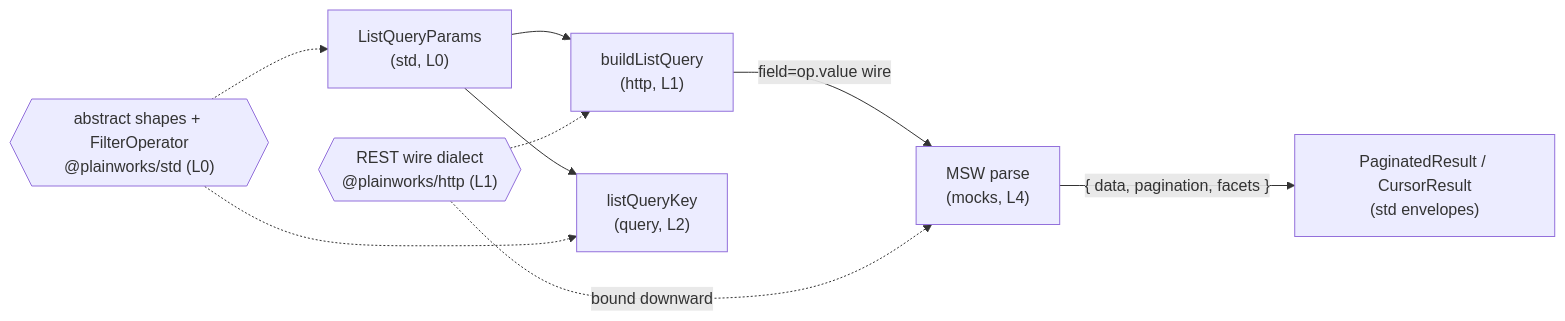
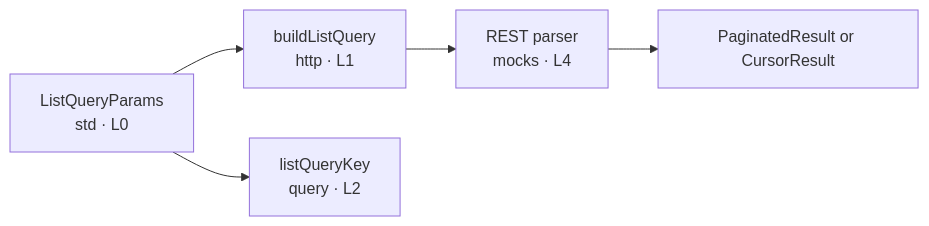
Before and after one commit to kbukum/plainworks: the fourth of 4 diagrams in docs/architecture.md, drawn with Mermaid. The commit also changed other lines of this file and 284 other files, not shown here.

````diff
--- a/docs/architecture.md
+++ b/docs/architecture.md
@@ -198,11 +162,7 @@
 ```mermaid
 flowchart LR
-  params["ListQueryParams<br/>(std, L0)"] --> build["buildListQuery<br/>(http, L1)"]
-  build -->|"field=op.value wire"| msw["MSW parse<br/>(mocks, L4)"]
-  msw -->|"{ data, pagination, facets }"| decode["PaginatedResult / CursorResult<br/>(std envelopes)"]
-  params --> key["listQueryKey<br/>(query, L2)"]
-  shapes{{"abstract shapes + FilterOperator<br/>@plainworks/std (L0)"}} -.-> params
-  shapes -.-> key
-  dialect{{"REST wire dialect<br/>@plainworks/http (L1)"}} -.-> build
-  dialect -.->|"bound downward"| msw
+  params["ListQueryParams<br/>std · L0"] --> wire["buildListQuery<br/>http · L1"]
+  wire --> mock["REST parser<br/>mocks · L4"]
+  mock --> envelope["PaginatedResult or CursorResult"]
+  params --> key["listQueryKey<br/>query · L2"]
 ```
````
